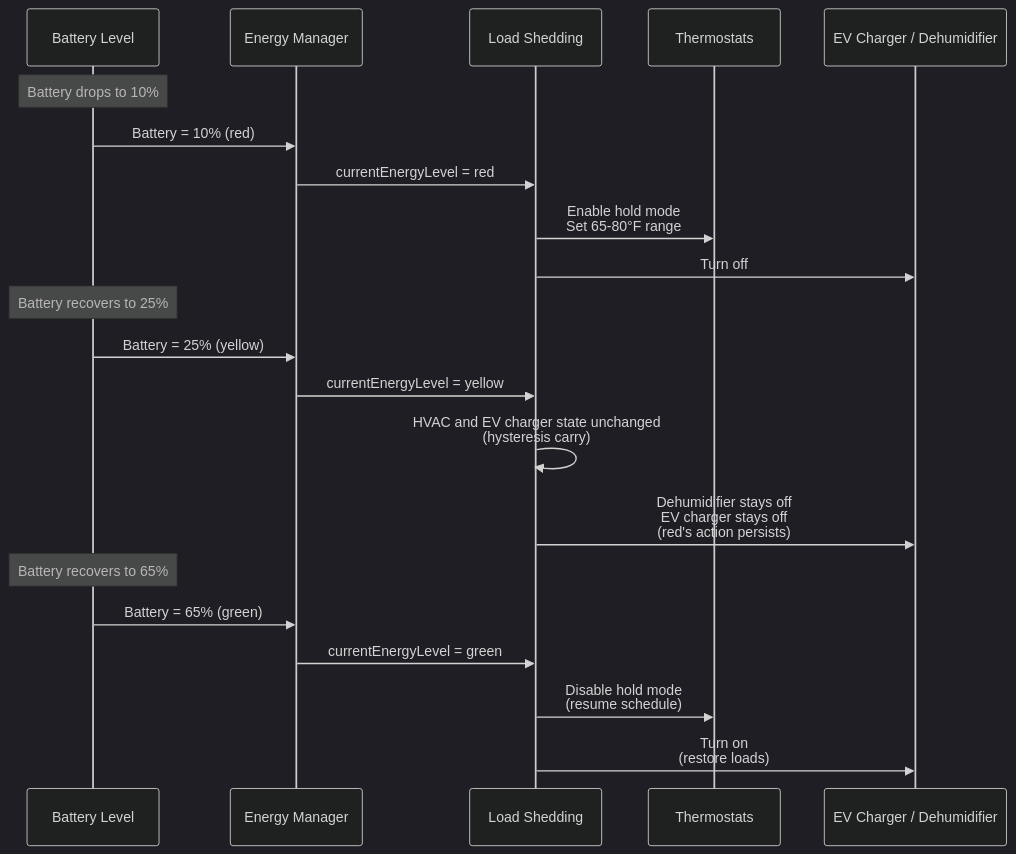
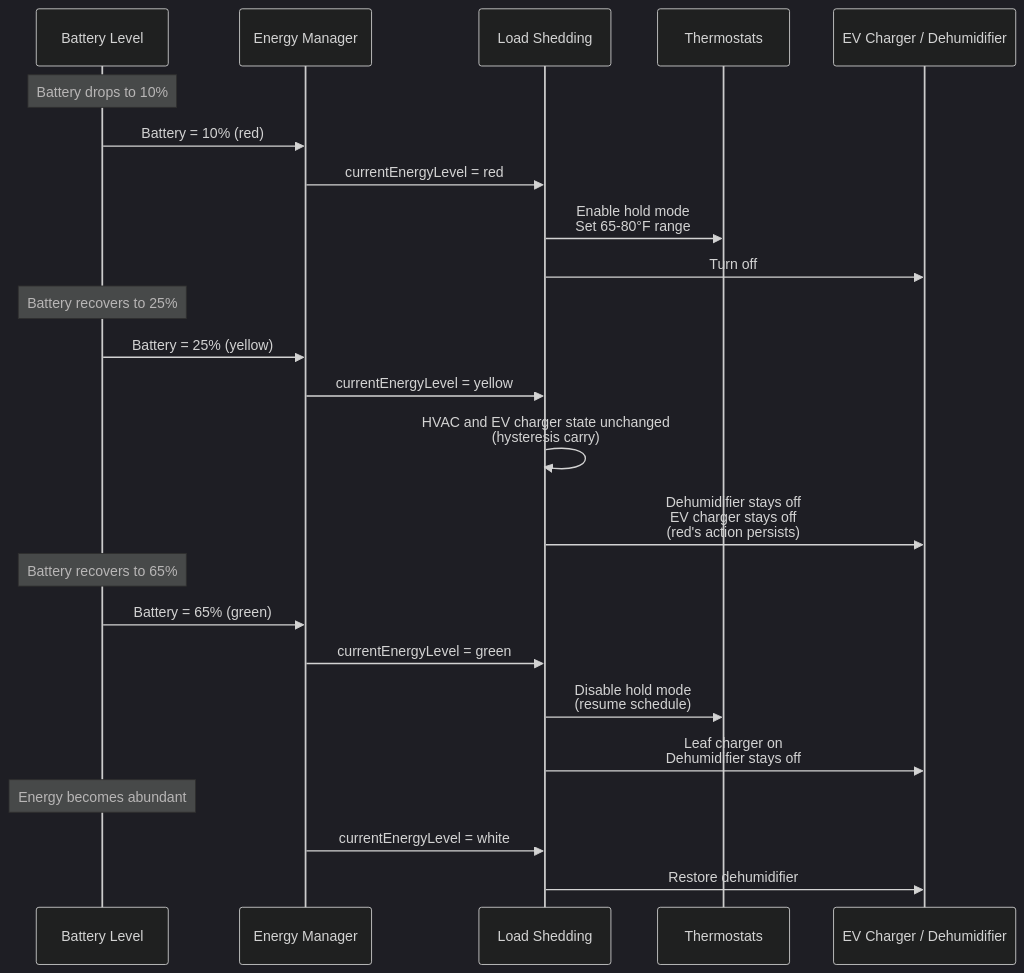
The sixth of 7 diagrams in docs/flows/LOAD_SHEDDING.md (NickBorgers/home-automation), drawn with Mermaid (dark theme) before and after one commit. The commit also changed other lines of this file and 2 other files, not shown here.

Commit message:
Fix #1280: make dehumidifier white-only

````diff
--- a/docs/flows/LOAD_SHEDDING.md
+++ b/docs/flows/LOAD_SHEDDING.md
@@ -278,29 +277,34 @@
 ```mermaid
 sequenceDiagram
     participant Battery as Battery Level
     participant EM as Energy Manager
     participant LS as Load Shedding
     participant HVAC as Thermostats
     participant NonHVAC as EV Charger / Dehumidifier
 
     Note over Battery: Battery drops to 10%
 
     Battery->>EM: Battery = 10% (red)
     EM->>LS: currentEnergyLevel = red
     LS->>HVAC: Enable hold mode<br/>Set 65-80°F range
     LS->>NonHVAC: Turn off
 
     Note over Battery: Battery recovers to 25%
 
     Battery->>EM: Battery = 25% (yellow)
     EM->>LS: currentEnergyLevel = yellow
     LS->>LS: HVAC and EV charger state unchanged<br/>(hysteresis carry)
     LS->>NonHVAC: Dehumidifier stays off<br/>EV charger stays off<br/>(red's action persists)
 
     Note over Battery: Battery recovers to 65%
 
     Battery->>EM: Battery = 65% (green)
     EM->>LS: currentEnergyLevel = green
     LS->>HVAC: Disable hold mode<br/>(resume schedule)
-    LS->>NonHVAC: Turn on<br/>(restore loads)
+    LS->>NonHVAC: Leaf charger on<br/>Dehumidifier stays off
+
+    Note over Battery: Energy becomes abundant
+
+    EM->>LS: currentEnergyLevel = white
+    LS->>NonHVAC: Restore dehumidifier
 ```
````
